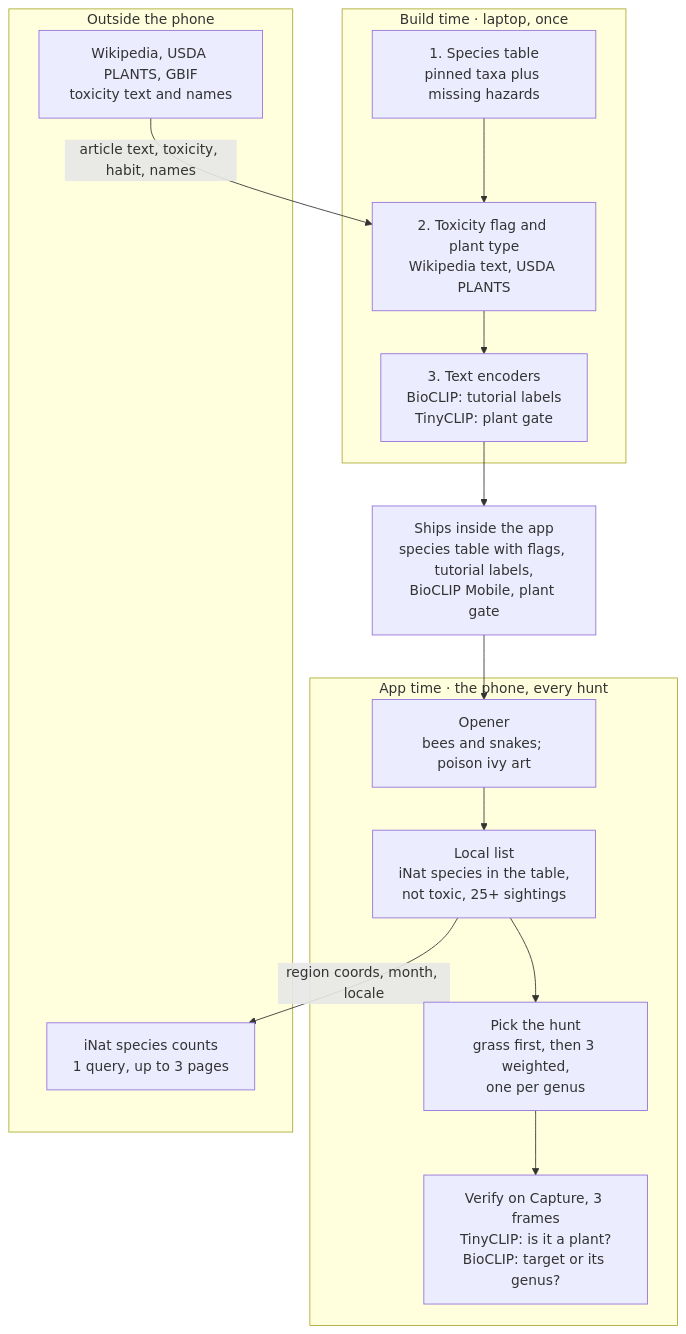
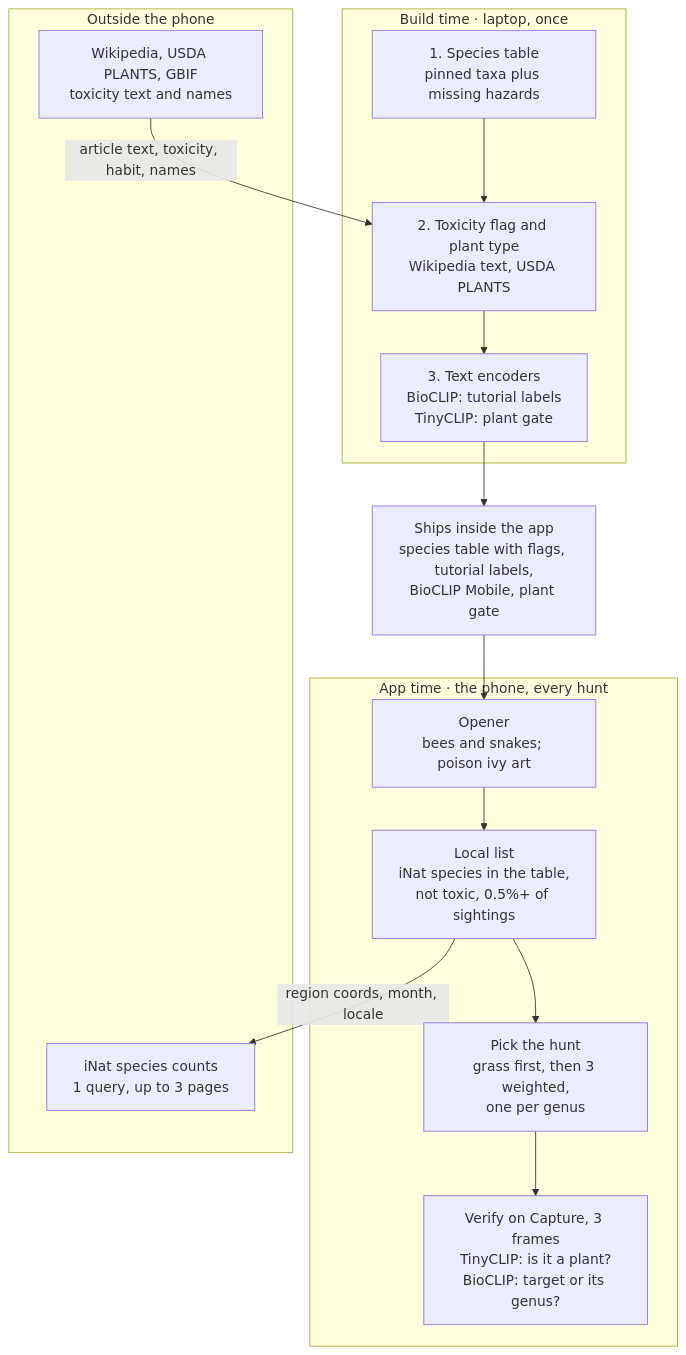
Before and after one commit to anchildress1/wild-find: the diagram in docs/PRD.md, drawn with Mermaid. The commit also changed other lines of this file and 259 other files, not shown here.

````diff
--- a/docs/PRD.md
+++ b/docs/PRD.md
@@ -183,34 +179,34 @@
 ```mermaid
 %%{init: {'theme': 'default'}}%%
 flowchart TD
     accTitle: wild-find architecture
     accDescr: Build time runs once on a laptop and ships the species table with hazard and toxicity flags, the tutorial label vectors, BioCLIP Mobile, and the plant gate inside the app. At app time the phone pulls the local species list, filters it against the table, picks the hunt, and verifies each capture with the plant gate and BioCLIP. Photos and precise location never leave the phone.
 
     subgraph build["Build time · laptop, once"]
         B1["1. Species table<br/>pinned taxa plus missing hazards"]
         B2["2. Toxicity flag and plant type<br/>Wikipedia text, USDA PLANTS"]
         B3["3. Text encoders<br/>BioCLIP: tutorial labels<br/>TinyCLIP: plant gate"]
         B1 --> B2 --> B3
     end
 
     SHIP["Ships inside the app<br/>species table with flags, tutorial labels,<br/>BioCLIP Mobile, plant gate"]
     B3 --> SHIP
 
     subgraph app["App time · the phone, every hunt"]
         A1["Opener<br/>bees and snakes; poison ivy art"]
-        A2["Local list<br/>iNat species in the table,<br/>not toxic, 25+ sightings"]
+        A2["Local list<br/>iNat species in the table,<br/>not toxic, 0.5%+ of sightings"]
         A3["Pick the hunt<br/>grass first, then 3 weighted,<br/>one per genus"]
         A5["Verify on Capture, 3 frames<br/>TinyCLIP: is it a plant?<br/>BioCLIP: target or its genus?"]
         A1 --> A2 --> A3 --> A5
     end
 
     SHIP --> A1
 
     subgraph outside["Outside the phone"]
         E2["Wikipedia, USDA PLANTS, GBIF<br/>toxicity text and names"]
         E3["iNat species counts<br/>1 query, up to 3 pages"]
     end
 
     E2 -- "article text, toxicity, habit, names" --> B2
     A2 -- "region coords, month, locale" --> E3
 ```
````
